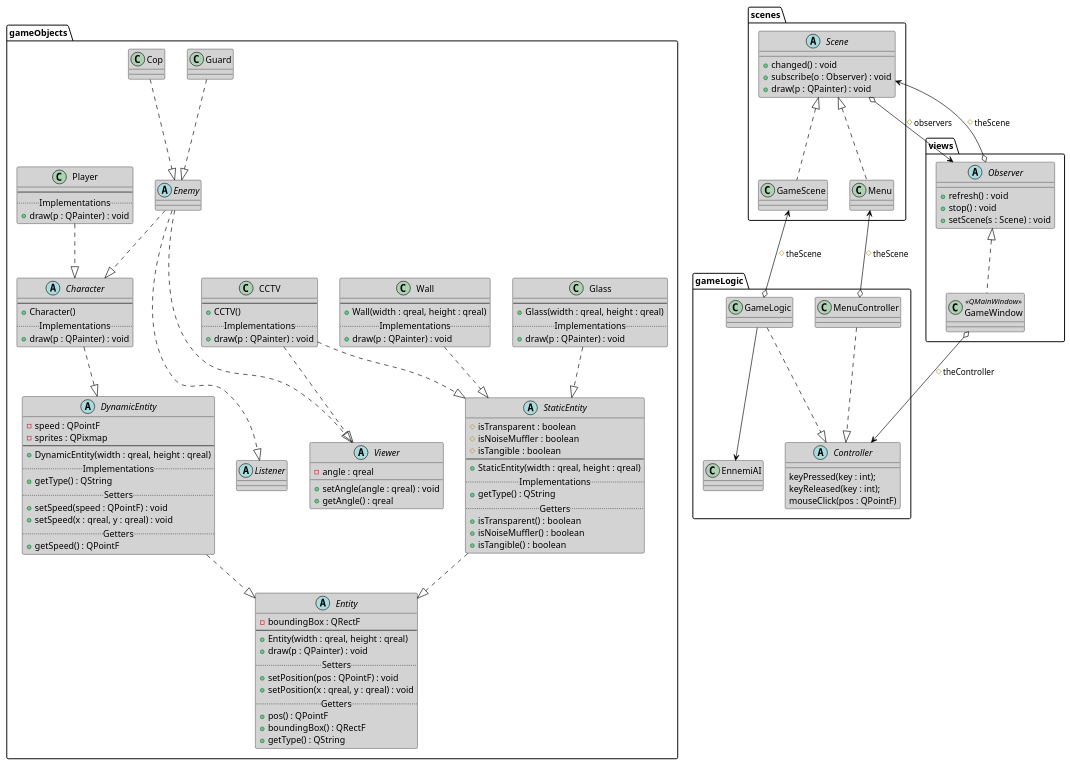
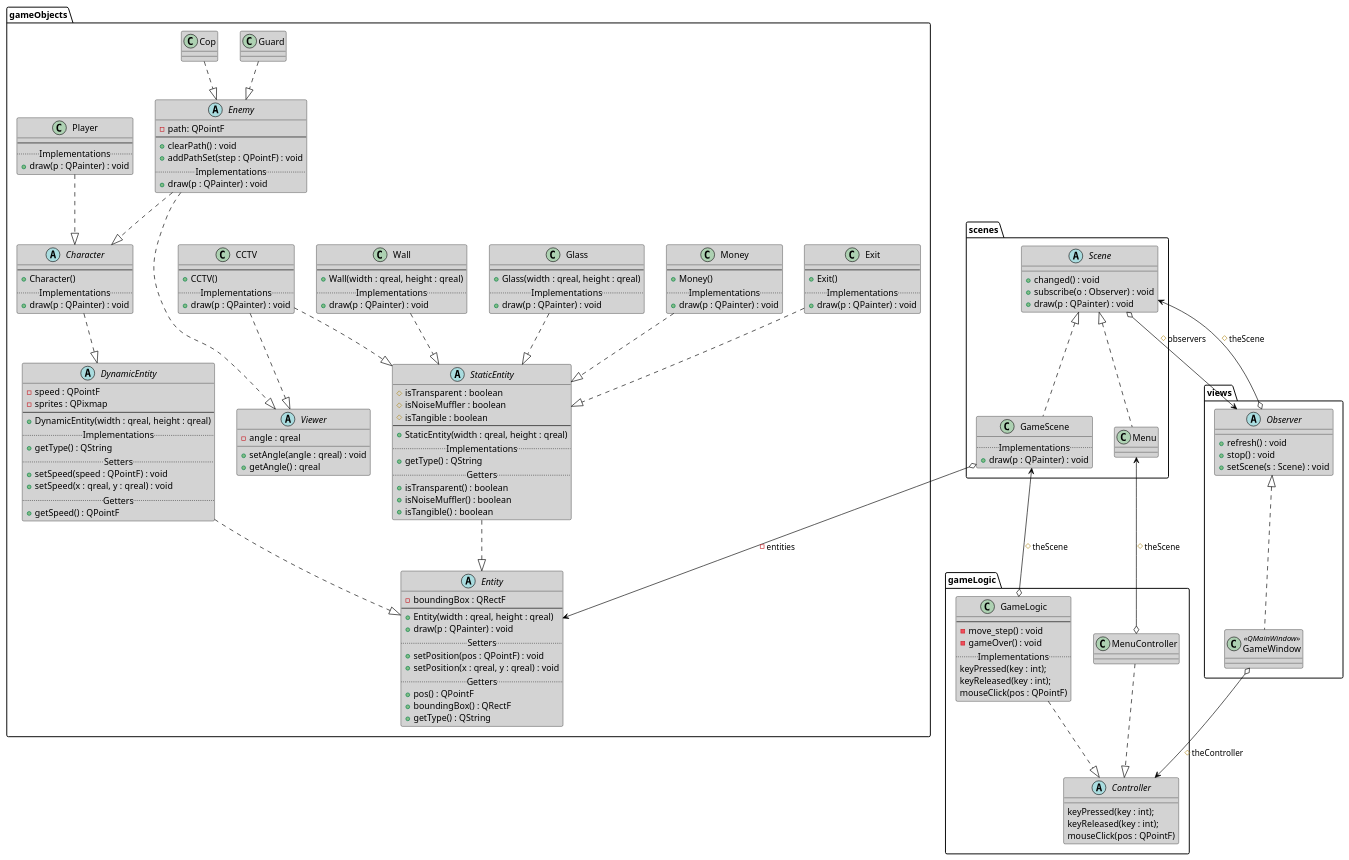
One commit to SamyFrancelet/Dillinger changed the diagram in UML/classes.puml. Above: the diagram before and after it, drawn with PlantUML. The commit also changed 36 other files, not shown here.

```diff
--- a/UML/classes.puml
+++ b/UML/classes.puml
@@ -67,8 +67,6 @@
             +setAngle(angle : qreal) : void
             +getAngle() : qreal
         }
-
-        abstract "Listener" as listener
     }
 
     class "Glass" as glass {
@@ -92,6 +90,20 @@
 		+draw(p : QPainter) : void
 	}
 
+	class "Exit" as exit {
+		--
+        +Exit()
+		..Implementations..
+		+draw(p : QPainter) : void
+	}
+
+	class "Money" as money {
+		--
+		+Money()
+		..Implementations..
+		+draw(p : QPainter) : void
+	}
+
     abstract "Character" as charac {
         --
         +Character()
@@ -105,7 +117,14 @@
         +draw(p : QPainter) : void
     }
 
-    abstract "Enemy" as enemy
+    abstract "Enemy" as enemy {
+		-path: QPointF
+		--
+		+clearPath() : void
+		+addPathSet(step : QPointF) : void
+		..Implementations..
+        +draw(p : QPainter) : void
+	}
 
     class "Guard" as guard
 
@@ -117,6 +136,8 @@
     glass ..|> statE
     wall ..|> statE
     cam ..|> statE
+	exit ..|> statE
+	money ..|> statE
 
     charac ..|> dynE
 
@@ -128,7 +149,6 @@
 
 	cam ..|> viewer
     enemy ..|> viewer
-    enemy ..|> listener
 }
 
 package scenes {
@@ -143,7 +163,8 @@
     }
 
     class "GameScene" as gScene {
-
+		..Implementations..
+		+draw(p : QPainter) : void
     }
 
     menu .up.|> scene
@@ -179,17 +200,17 @@
 	}
 
     class "GameLogic" as gLogic {
-
+		--
+		-move_step() : void
+		-gameOver() : void
+		..Implementations..
+		keyPressed(key : int);
+        keyReleased(key : int);
+        mouseClick(pos : QPointF)
     }
-
-	class "EnnemiAI" as ai {
-
-	}
 
 	gLogic ..|> c
 	mc ..|> c
-
-	gLogic --> ai
 }
 
 gameW o--> c : "#theController"
@@ -197,4 +218,6 @@
 mc o-up-> menu : "#theScene"
 gLogic o-up-> gScene : "#theScene"
 
+gScene o--> entity : "-entities"
+
 @enduml
```
